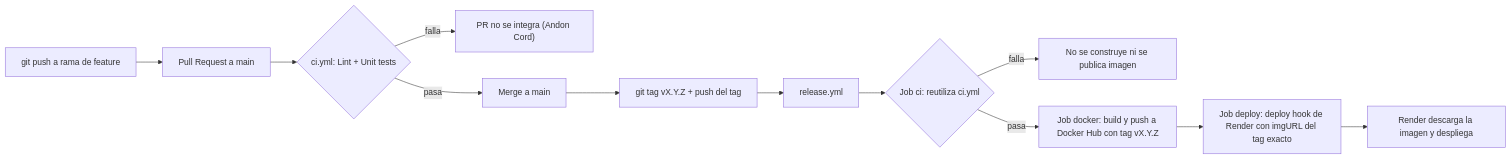
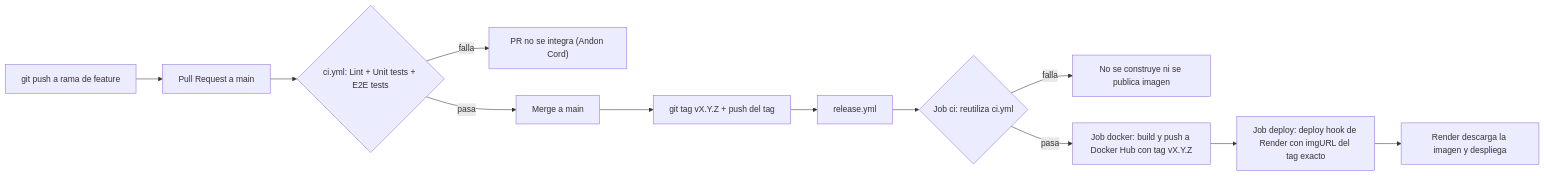
Before and after one commit to adrianberriel/curso-devops-api: the diagram in README.md, drawn with Mermaid. The commit also changed other lines of this file and 5 other files, not shown here.

````diff
--- a/README.md
+++ b/README.md
@@ -175,14 +180,14 @@
 ```mermaid
 flowchart LR
     A["git push a rama de feature"] --> B["Pull Request a main"]
-    B --> C{"ci.yml: Lint + Unit tests"}
+    B --> C{"ci.yml: Lint + Unit tests + E2E tests"}
     C -- "falla" --> X["PR no se integra (Andon Cord)"]
     C -- "pasa" --> D["Merge a main"]
     D --> E["git tag vX.Y.Z + push del tag"]
     E --> F["release.yml"]
     F --> G{"Job ci: reutiliza ci.yml"}
     G -- "falla" --> Y["No se construye ni se publica imagen"]
     G -- "pasa" --> H["Job docker: build y push a Docker Hub con tag vX.Y.Z"]
     H --> I["Job deploy: deploy hook de Render con imgURL del tag exacto"]
     I --> J["Render descarga la imagen y despliega"]
 ```
````
